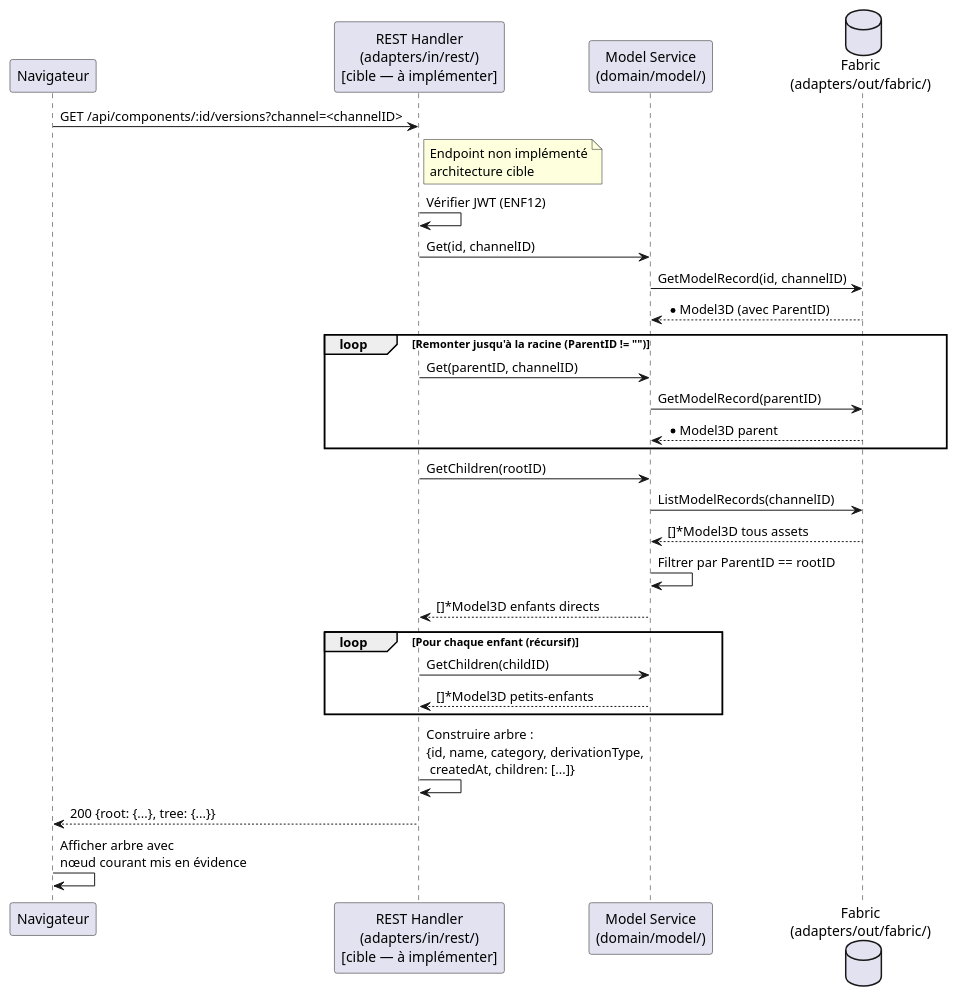
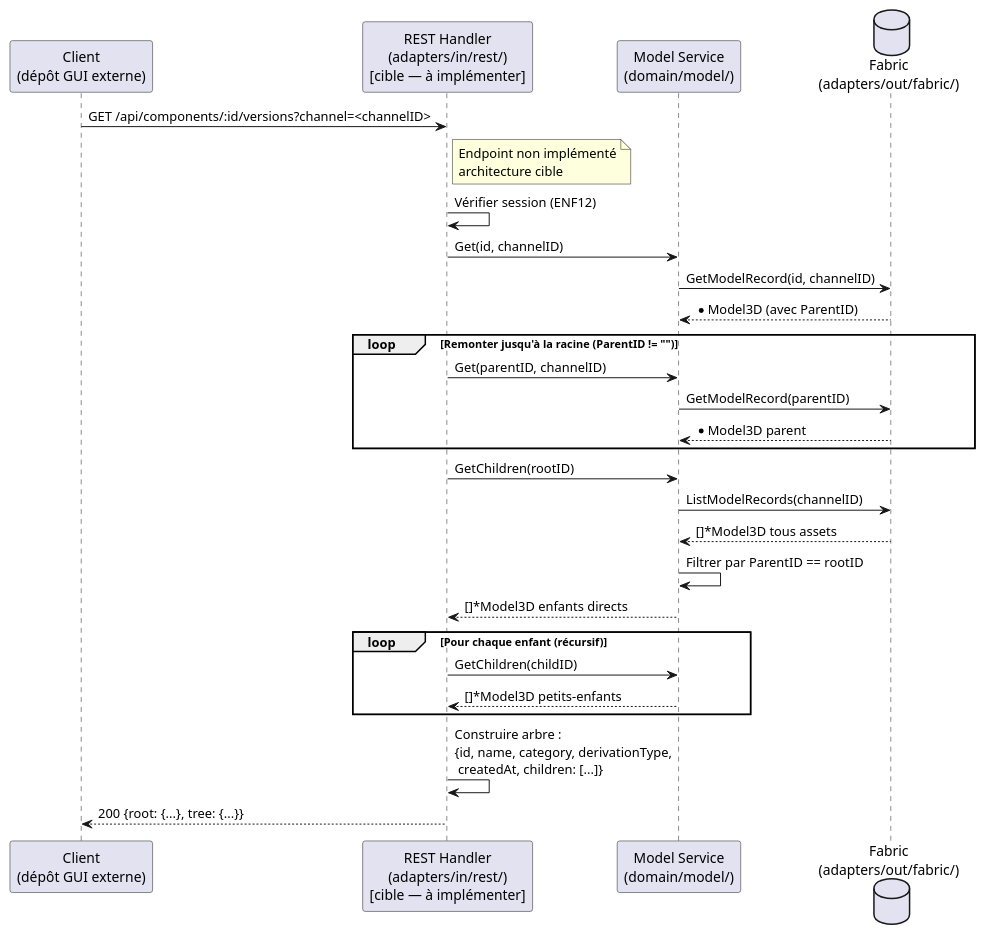
The second of 2 diagrams in specs/2-Analyse/UCREC-Recherche/UCREC03.md (olivaux/myr), drawn with PlantUML before and after one commit. The commit also changed other lines of this file and 72 other files, not shown here.

````diff
--- a/specs/2-Analyse/UCREC-Recherche/UCREC03.md
+++ b/specs/2-Analyse/UCREC-Recherche/UCREC03.md
@@ -96,40 +81,38 @@
 ```plantuml
 @startuml
-participant "Navigateur" as Browser
+participant "Client\n(dépôt GUI externe)" as Client
 participant "REST Handler\n(adapters/in/rest/)\n[cible — à implémenter]" as REST
 participant "Model Service\n(domain/model/)" as Service
 database "Fabric\n(adapters/out/fabric/)" as Fabric
 
-Browser -> REST : GET /api/components/:id/versions?channel=<channelID>
+Client -> REST : GET /api/components/:id/versions?channel=<channelID>
 note right of REST : Endpoint non implémenté\narchitecture cible
-REST -> REST : Vérifier JWT (ENF12)
+REST -> REST : Vérifier session (ENF12)
 
 ' Remonter la chaîne ascendante
 REST -> Service : Get(id, channelID)
 Service -> Fabric : GetModelRecord(id, channelID)
 Fabric --> Service : *Model3D (avec ParentID)
 
 loop Remonter jusqu'à la racine (ParentID != "")
     REST -> Service : Get(parentID, channelID)
     Service -> Fabric : GetModelRecord(parentID)
     Fabric --> Service : *Model3D parent
 end
 
 ' Descendre les branches
 REST -> Service : GetChildren(rootID)
 Service -> Fabric : ListModelRecords(channelID)
 Fabric --> Service : []*Model3D tous assets
 Service -> Service : Filtrer par ParentID == rootID
 Service --> REST : []*Model3D enfants directs
 
 loop Pour chaque enfant (récursif)
     REST -> Service : GetChildren(childID)
     Service --> REST : []*Model3D petits-enfants
 end
 
 REST -> REST : Construire arbre :\n{id, name, category, derivationType,\n createdAt, children: [...]}
-REST --> Browser : 200 {root: {...}, tree: {...}}
-
-Browser -> Browser : Afficher arbre avec\nnœud courant mis en évidence
+REST --> Client : 200 {root: {...}, tree: {...}}
 @enduml
 ```
````
